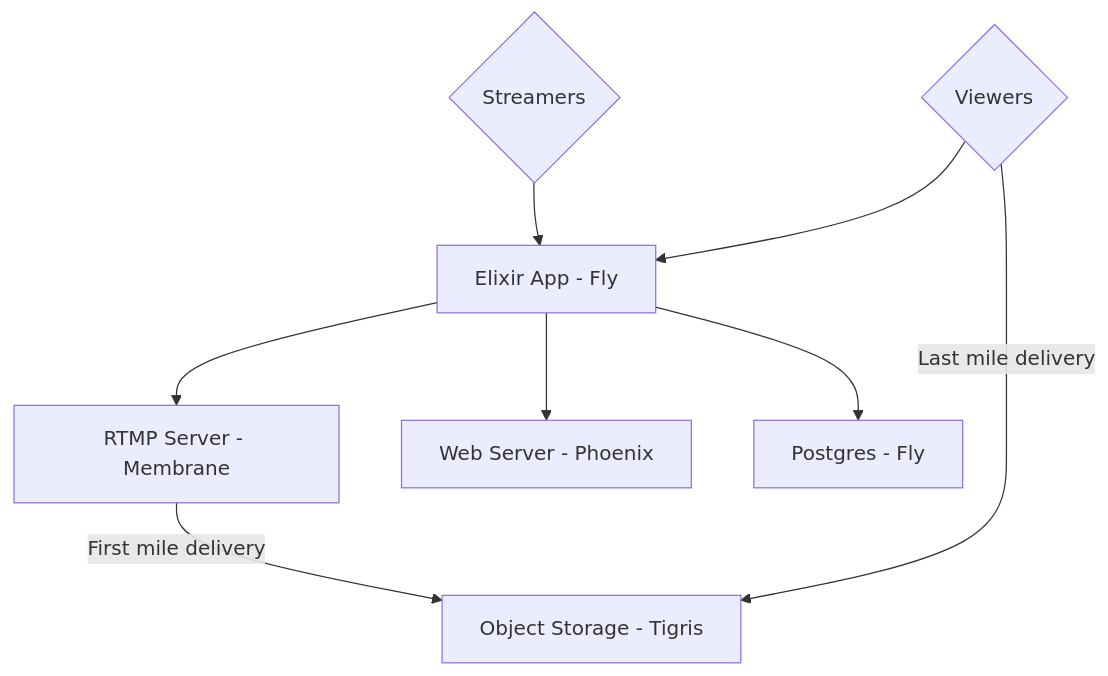
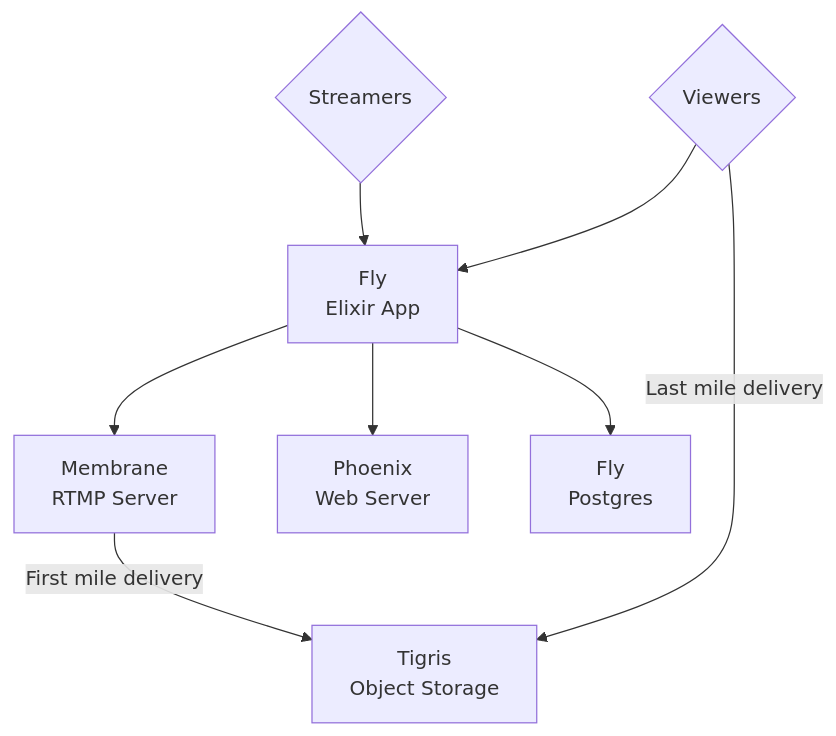
The first of 2 diagrams in README.md (algora-io/tv), drawn with Mermaid before and after one commit. The commit also changed other lines of this file, not shown here.

````diff
--- a/README.md
+++ b/README.md
@@ -26,10 +28,10 @@
 ```mermaid
 graph
     Streamers{Streamers} --> Fly
-    Fly[Elixir App - Fly] --> RTMP
-    Fly --> Web[Web Server - Phoenix]
-    Fly --> Db[Postgres - Fly]
-    RTMP[RTMP Server - Membrane] -->|First mile delivery| Tigris[Object Storage - Tigris]
+    Fly[Fly<br>Elixir App] --> RTMP
+    Fly --> Web[Phoenix<br>Web Server]
+    Fly --> Db[Fly<br>Postgres]
+    RTMP[Membrane<br>RTMP Server] -->|First mile delivery| Tigris[Tigris<br>Object Storage]
     Viewers{Viewers} -->|Last mile delivery| Tigris
     Viewers --> Fly
 ```
````
